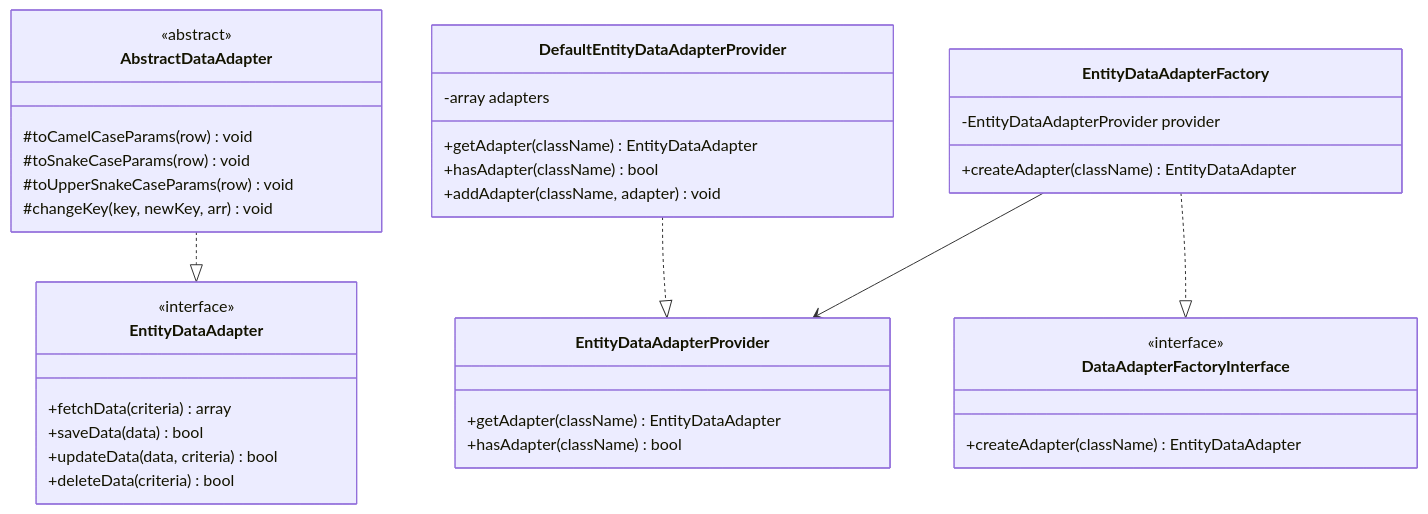
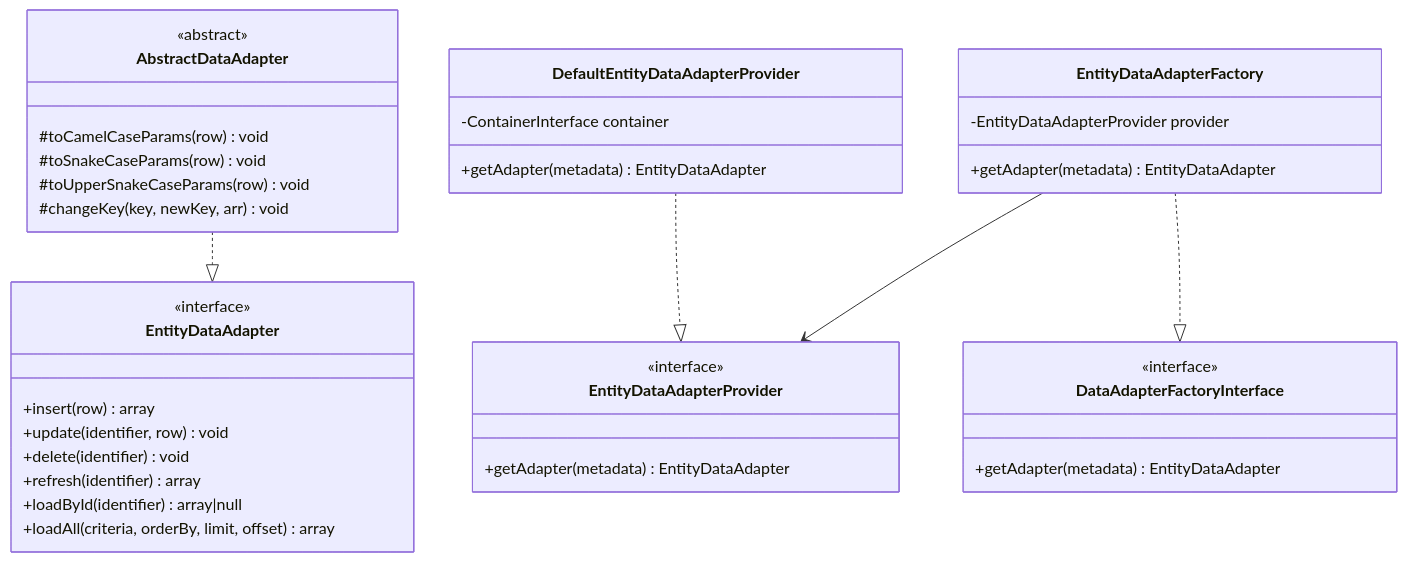
One commit to kabiroman/adaptive-entity-manager changed the third of 10 diagrams in docs/CLASS_DIAGRAMS.md. Above: the diagram before and after it, drawn with Mermaid. The commit also changed other lines of this file and 6 other files, not shown here.

Commit message:
docs: align diagrams and links with codebase

````diff
--- a/docs/CLASS_DIAGRAMS.md
+++ b/docs/CLASS_DIAGRAMS.md
@@ -145,45 +147,45 @@
 ```mermaid
 classDiagram
     class EntityDataAdapter {
         <<interface>>
-        +fetchData(criteria) array
-        +saveData(data) bool
-        +updateData(data, criteria) bool
-        +deleteData(criteria) bool
+        +insert(row) array
+        +update(identifier, row) void
+        +delete(identifier) void
+        +refresh(identifier) array
+        +loadById(identifier) array|null
+        +loadAll(criteria, orderBy, limit, offset) array
     }
     
     class AbstractDataAdapter {
         <<abstract>>
         #toCamelCaseParams(row) void
         #toSnakeCaseParams(row) void
         #toUpperSnakeCaseParams(row) void
         #changeKey(key, newKey, arr) void
     }
     
     class EntityDataAdapterProvider {
-        +getAdapter(className) EntityDataAdapter
-        +hasAdapter(className) bool
+        <<interface>>
+        +getAdapter(metadata) EntityDataAdapter
     }
-    
+
     class DefaultEntityDataAdapterProvider {
-        -array adapters
-        +getAdapter(className) EntityDataAdapter
-        +hasAdapter(className) bool
-        +addAdapter(className, adapter) void
+        -ContainerInterface container
+        +getAdapter(metadata) EntityDataAdapter
     }
-    
+
     class EntityDataAdapterFactory {
         -EntityDataAdapterProvider provider
-        +createAdapter(className) EntityDataAdapter
+        +getAdapter(metadata) EntityDataAdapter
     }
-    
+
     class DataAdapterFactoryInterface {
         <<interface>>
-        +createAdapter(className) EntityDataAdapter
+        +getAdapter(metadata) EntityDataAdapter
     }
     
     AbstractDataAdapter ..|> EntityDataAdapter
     DefaultEntityDataAdapterProvider ..|> EntityDataAdapterProvider
     EntityDataAdapterFactory ..|> DataAdapterFactoryInterface
     EntityDataAdapterFactory --> EntityDataAdapterProvider
 ```
````
